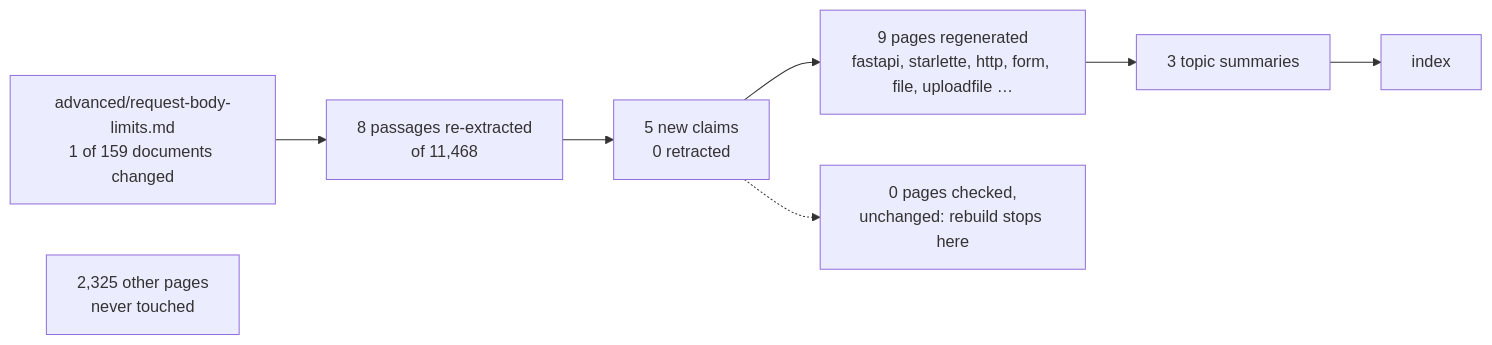
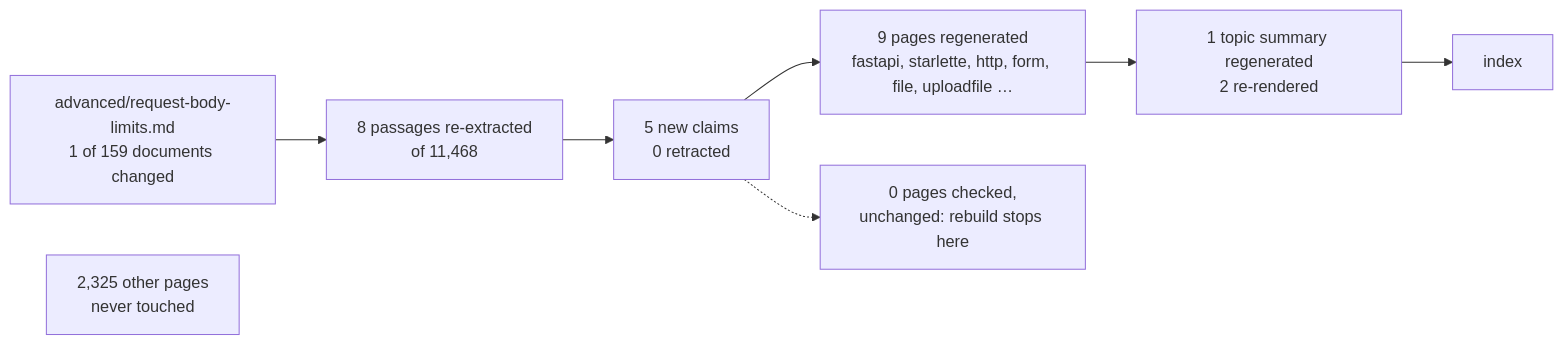
Before and after one commit to thejasrao262003/dependency-aware-knowledge-compilation: the diagram in examples/fastapi-docs/results/walkthrough.md, drawn with Mermaid. The commit also changed other lines of this file and 50 other files, not shown here.

````diff
--- a/examples/fastapi-docs/results/walkthrough.md
+++ b/examples/fastapi-docs/results/walkthrough.md
@@ -66,9 +66,9 @@
 ```mermaid
 flowchart LR
   D["advanced/request-body-limits.md<br/>1 of 159 documents changed"] --> P["8 passages re-extracted<br/>of 11,468"]
   P --> C["5 new claims<br/>0 retracted"]
   C --> G["9 pages regenerated<br/>fastapi, starlette, http, form, file, uploadfile …"]
   C -.-> K["0 pages checked,<br/>unchanged: rebuild stops here"]
-  G --> S["3 topic summaries"] --> I["index"]
+  G --> S["1 topic summary regenerated<br/>2 re-rendered"] --> I["index"]
   U["2,325 other pages<br/>never touched"]
 ```
````
